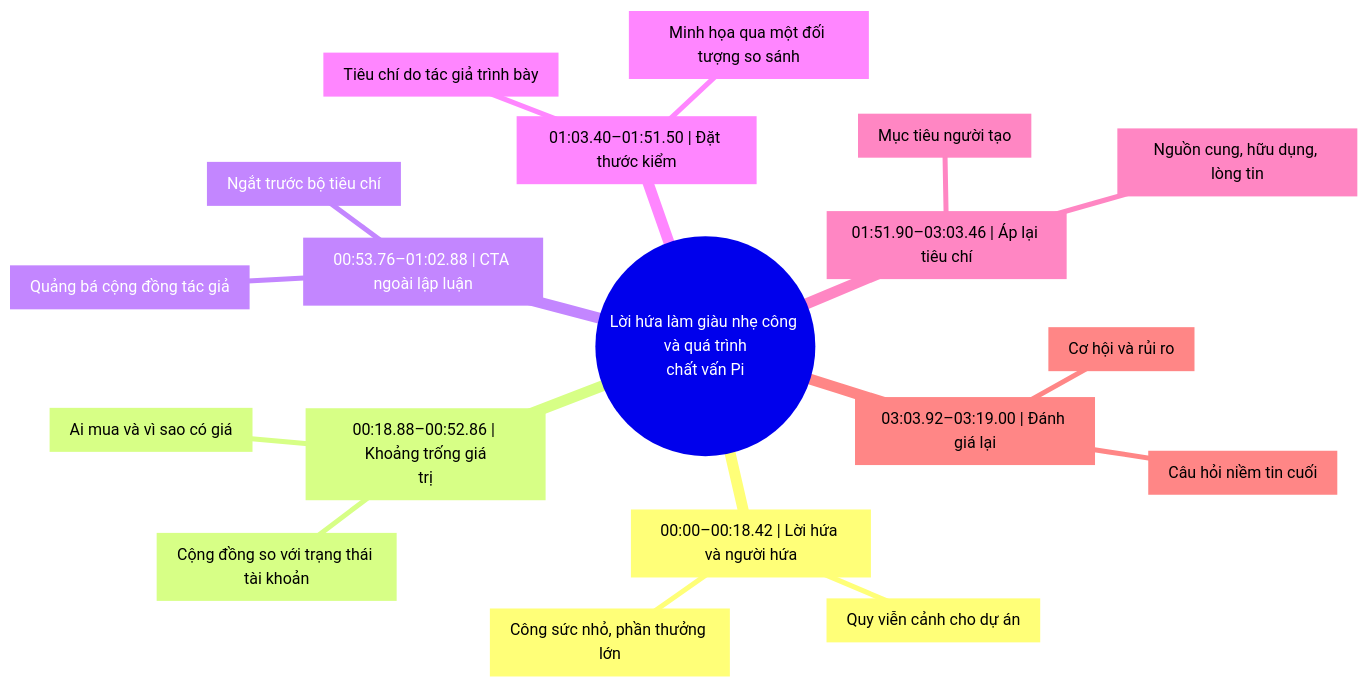
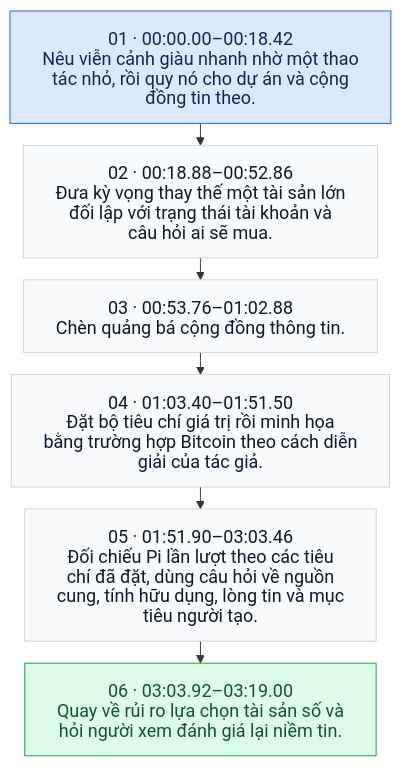
The diagram in skills/hook-script/references/corpus/cases/7473118765144755464.md (vilo0411/hook-script-kit), drawn with Mermaid before and after one commit. The commit also changed other lines of this file and 103 other files, not shown here.

Commit message:
Diversify Vietnamese clip sources and replace radial maps with story flows

````diff
--- a/skills/hook-script/references/corpus/cases/7473118765144755464.md
+++ b/skills/hook-script/references/corpus/cases/7473118765144755464.md
@@ -133,22 +17,21 @@
 ```mermaid
-mindmap
-  root((Lời hứa làm giàu nhẹ công và quá trình<br/>chất vấn Pi))
-    b0["00:00–00:18.42 | Lời hứa và người hứa"]
-      b0c0["Công sức nhỏ, phần thưởng lớn"]
-      b0c1["Quy viễn cảnh cho dự án"]
-    b1["00:18.88–00:52.86 | Khoảng trống giá<br/>trị"]
-      b1c0["Cộng đồng so với trạng thái tài khoản"]
-      b1c1["Ai mua và vì sao có giá"]
-    b2["00:53.76–01:02.88 | CTA ngoài lập luận"]
-      b2c0["Quảng bá cộng đồng tác giả"]
-      b2c1["Ngắt trước bộ tiêu chí"]
-    b3["01:03.40–01:51.50 | Đặt thước kiểm"]
-      b3c0["Tiêu chí do tác giả trình bày"]
-      b3c1["Minh họa qua một đối tượng so sánh"]
-    b4["01:51.90–03:03.46 | Áp lại tiêu chí"]
-      b4c0["Nguồn cung, hữu dụng, lòng tin"]
-      b4c1["Mục tiêu người tạo"]
-    b5["03:03.92–03:19.00 | Đánh giá lại"]
-      b5c0["Cơ hội và rủi ro"]
-      b5c1["Câu hỏi niềm tin cuối"]
+%%{init: {"htmlLabels": false, "themeVariables": {"fontSize": "18px"}, "flowchart": {"padding": 16, "rankSpacing": 22, "wrappingWidth": 360}}}%%
+flowchart TD
+  n0["01 · 00:00.00–00:18.42<br/>Nêu viễn cảnh giàu nhanh nhờ một thao<br/>tác nhỏ, rồi quy nó cho dự án và cộng<br/>đồng tin theo."]
+  n1["02 · 00:18.88–00:52.86<br/>Đưa kỳ vọng thay thế một tài sản lớn<br/>đối lập với trạng thái tài khoản và<br/>câu hỏi ai sẽ mua."]
+  n0 --> n1
+  n2["03 · 00:53.76–01:02.88<br/>Chèn quảng bá cộng đồng thông tin."]
+  n1 --> n2
+  n3["04 · 01:03.40–01:51.50<br/>Đặt bộ tiêu chí giá trị rồi minh họa<br/>bằng trường hợp Bitcoin theo cách diễn<br/>giải của tác giả."]
+  n2 --> n3
+  n4["05 · 01:51.90–03:03.46<br/>Đối chiếu Pi lần lượt theo các tiêu<br/>chí đã đặt, dùng câu hỏi về nguồn<br/>cung, tính hữu dụng, lòng tin và mục<br/>tiêu người tạo."]
+  n3 --> n4
+  n5["06 · 03:03.92–03:19.00<br/>Quay về rủi ro lựa chọn tài sản số và<br/>hỏi người xem đánh giá lại niềm tin."]
+  n4 --> n5
+  classDef phase fill:#F8FAFC,stroke:#CBD5E1,color:#0F172A,font-size:18px;
+  classDef opening fill:#DBEAFE,stroke:#2563EB,color:#172554,font-size:18px;
+  classDef ending fill:#DCFCE7,stroke:#16A34A,color:#14532D,font-size:18px;
+  class n0,n1,n2,n3,n4,n5 phase;
+  class n0 opening;
+  class n5 ending;
 ```
````
